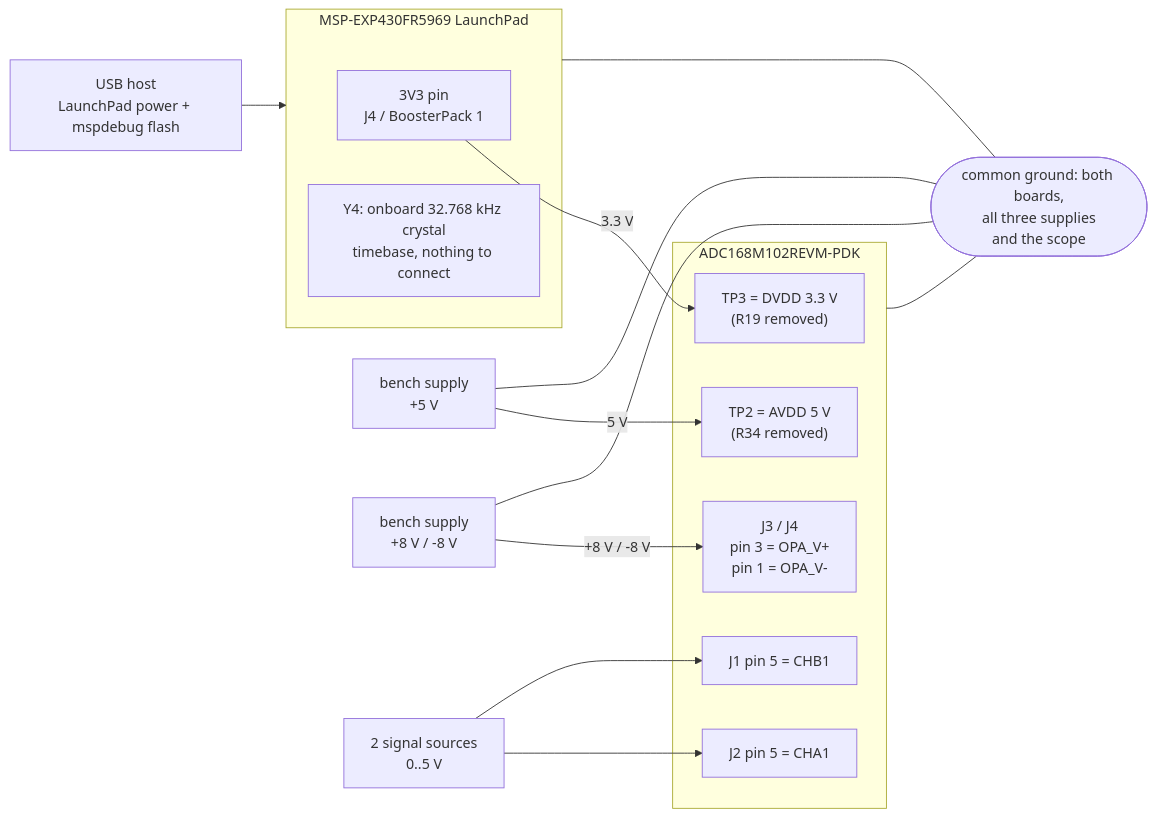
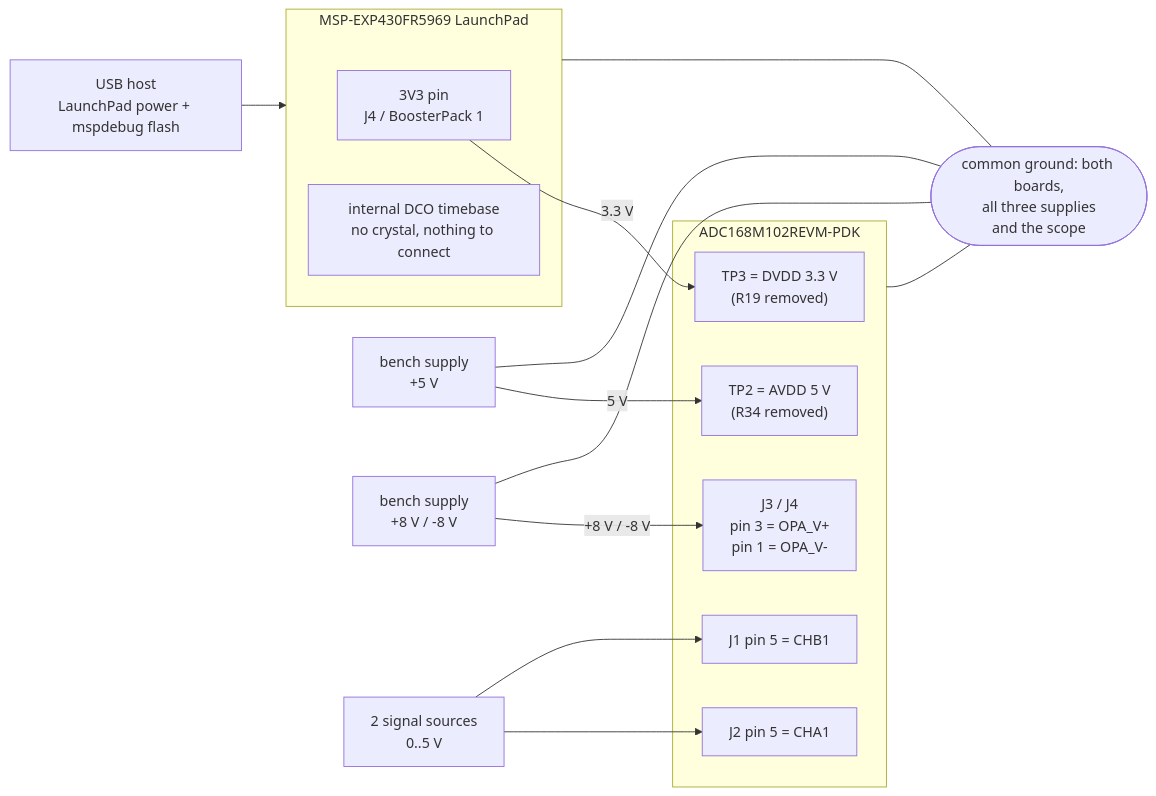
One commit to S-OConnor/MSP430_TestRepo changed the seventh of 13 diagrams in docs/DESIGN.md. Above: the diagram before and after it, drawn with Mermaid. The commit also changed other lines of this file and 13 other files, not shown here.

````diff
--- a/docs/DESIGN.md
+++ b/docs/DESIGN.md
@@ -666,33 +670,33 @@
 ```mermaid
 flowchart LR
     USB["USB host<br/>LaunchPad power + mspdebug flash"]
     P5["bench supply<br/>+5 V"]
     PB["bench supply<br/>+8 V / -8 V"]
     AIN["2 signal sources<br/>0..5 V"]
 
     subgraph LPP["MSP-EXP430FR5969 LaunchPad"]
         V33["3V3 pin<br/>J4 / BoosterPack 1"]
-        Y4["Y4: onboard 32.768 kHz crystal<br/>timebase, nothing to connect"]
+        DCOB["internal DCO timebase<br/>no crystal, nothing to connect"]
     end
 
     subgraph EVMP["ADC168M102REVM-PDK"]
         TP3["TP3 = DVDD 3.3 V<br/>(R19 removed)"]
         TP2["TP2 = AVDD 5 V<br/>(R34 removed)"]
         J34["J3 / J4<br/>pin 3 = OPA_V+<br/>pin 1 = OPA_V-"]
         J2H["J2 pin 5 = CHA1"]
         J1H["J1 pin 5 = CHB1"]
     end
 
     USB --> LPP
     V33 -->|"3.3 V"| TP3
     P5 -->|"5 V"| TP2
     PB -->|"+8 V / -8 V"| J34
     AIN --> J2H
     AIN --> J1H
 
     GND(["common ground: both boards,<br/>all three supplies<br/>and the scope"])
     LPP --- GND
     EVMP --- GND
     P5 --- GND
     PB --- GND
 ```
````
